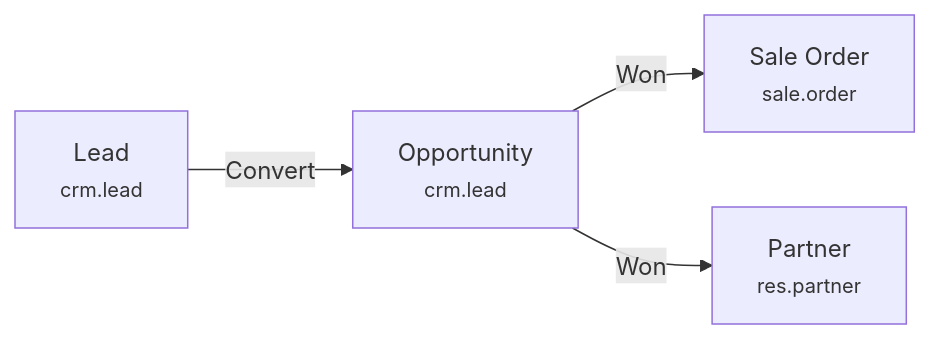
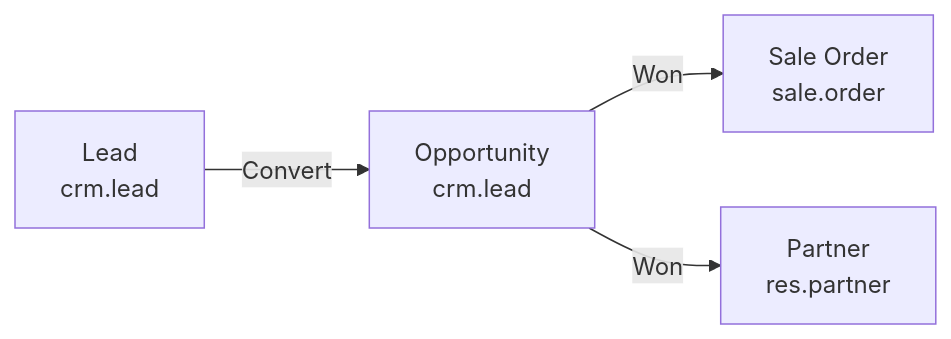
Before and after one commit to pran-odoo/odoo-training: the tenth of 10 diagrams in docs/19-examples.md, drawn with Mermaid. The commit also changed other lines of this file and 6 other files, not shown here.

First line of the commit message:
Remove HTML br tags from Mermaid diagrams

````diff
--- a/docs/19-examples.md
+++ b/docs/19-examples.md
@@ -280,6 +318,10 @@
 ```mermaid
 graph LR
-    L[Lead<br><small>crm.lead</small>] -->|Convert| O[Opportunity<br><small>crm.lead</small>]
-    O -->|Won| SO[Sale Order<br><small>sale.order</small>]
-    O -->|Won| P[Partner<br><small>res.partner</small>]
+    L["Lead
+    crm.lead"] -->|Convert| O["Opportunity
+    crm.lead"]
+    O -->|Won| SO["Sale Order
+    sale.order"]
+    O -->|Won| P["Partner
+    res.partner"]
 ```
````
